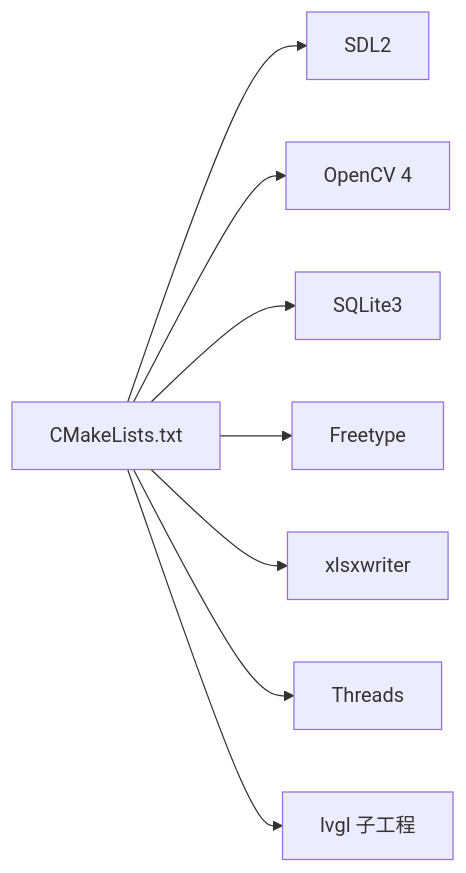
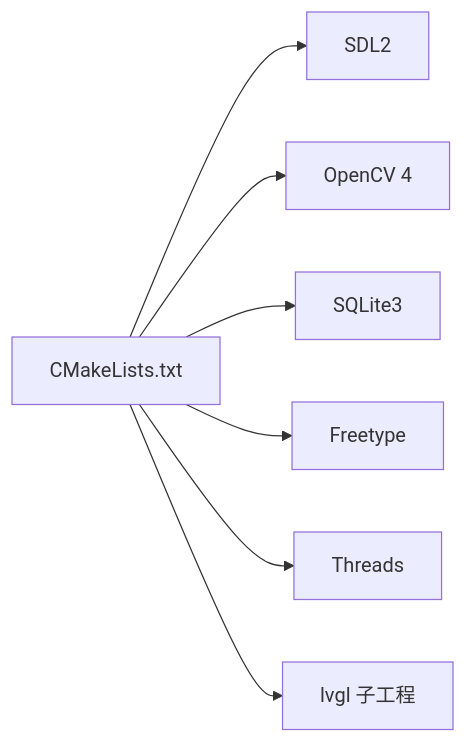
One commit to Drunk552/SmartAttendance changed the fourth of 5 diagrams in .qoder/repowiki/zh/content/快速开始.md. Above: the diagram before and after it, drawn with Mermaid. The commit also changed other lines of this file and 26 other files, not shown here.

````diff
--- a/.qoder/repowiki/zh/content/快速开始.md
+++ b/.qoder/repowiki/zh/content/快速开始.md
@@ -260,10 +217,9 @@
 ```mermaid
 graph LR
 CMake["CMakeLists.txt"] --> SDL2["SDL2"]
 CMake --> OpenCV["OpenCV 4"]
 CMake --> SQLite3["SQLite3"]
 CMake --> Freetype["Freetype"]
-CMake --> XLSX["xlsxwriter"]
 CMake --> Threads["Threads"]
 CMake --> LVGL["lvgl 子工程"]
 ```
````
